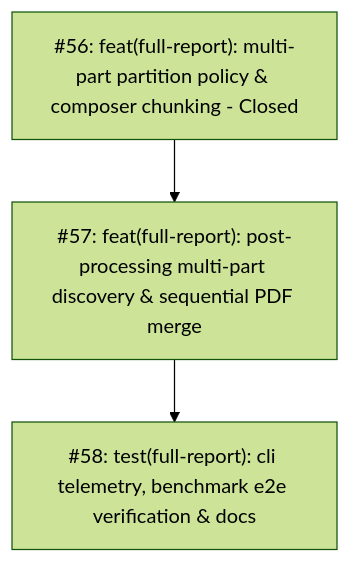
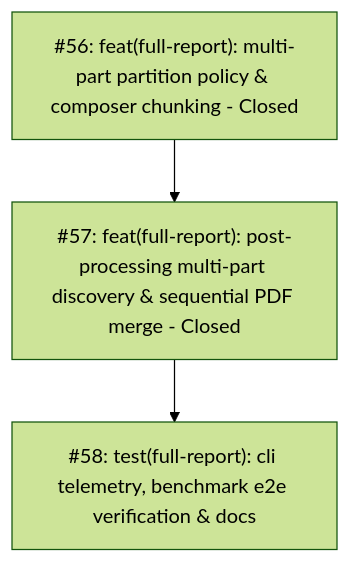
Before and after one commit to adamlarGit/pahang-cli: the diagram in .wayfinder/vcb-multipart-full-report/map.md, drawn with Mermaid (forest theme). The commit also changed other lines of this file and 1 other file, not shown here.

Commit message:
docs(wayfinder): close ticket 057 in map and spec
All acceptance criteria verified with automated test suite.

Closes #57

````diff
--- a/.wayfinder/vcb-multipart-full-report/map.md
+++ b/.wayfinder/vcb-multipart-full-report/map.md
@@ -35,9 +35,9 @@
 ```mermaid
 graph TD
     T56["#56: feat(full-report): multi-part partition policy & composer chunking - Closed"]
-    T57["#57: feat(full-report): post-processing multi-part discovery & sequential PDF merge"]
+    T57["#57: feat(full-report): post-processing multi-part discovery & sequential PDF merge - Closed"]
     T58["#58: test(full-report): cli telemetry, benchmark e2e verification & docs"]
 
     T56 --> T57
     T57 --> T58
 ```
````
